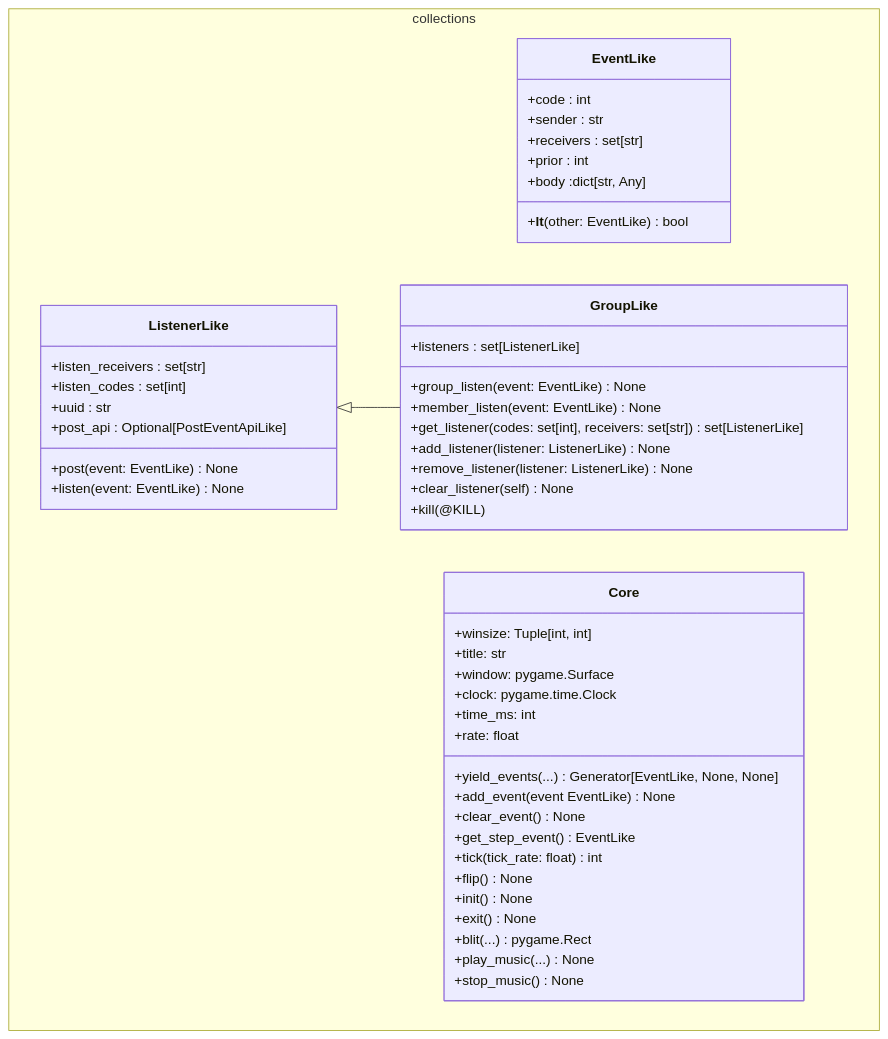
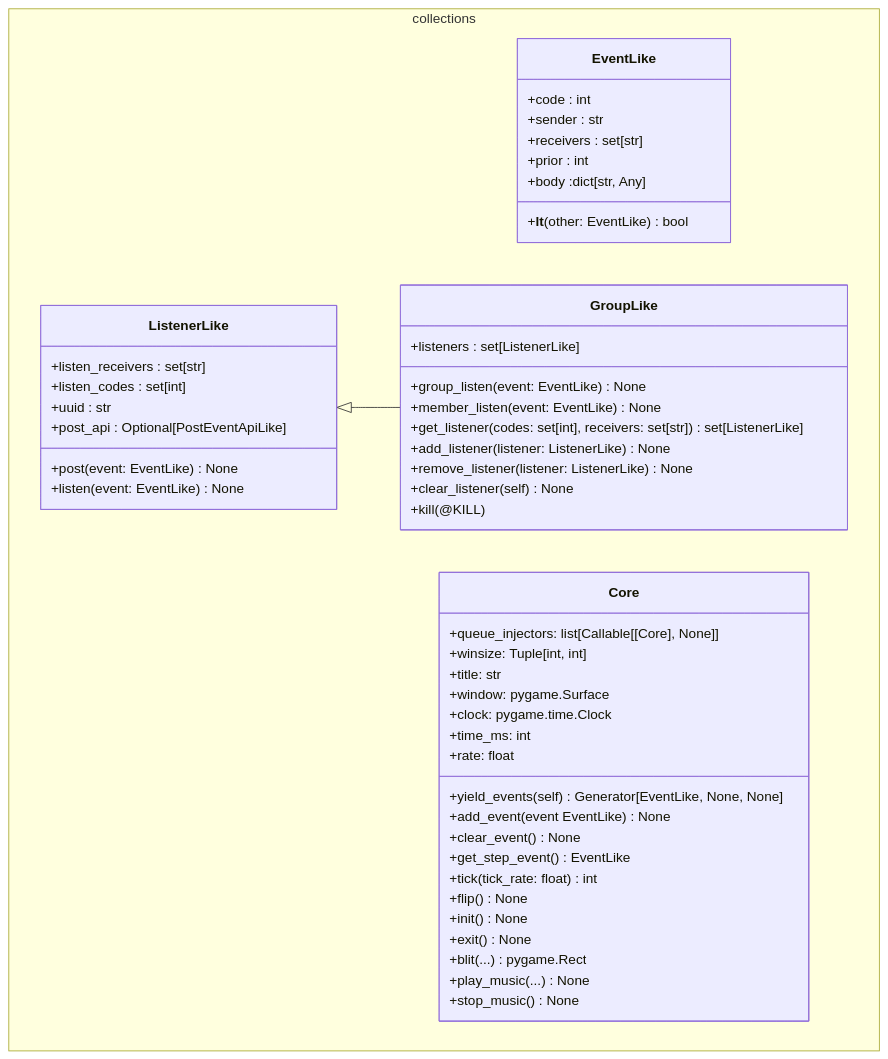
The third of 4 diagrams in baseline/README.md (teafrogsf/SI100B_DIE_Fall_2024_Repo), drawn with Mermaid before and after one commit. The commit also changed other lines of this file and 7 other files, not shown here.

````diff
--- a/baseline/README.md
+++ b/baseline/README.md
@@ -125,55 +151,56 @@
 ```mermaid
 classDiagram
 direction TB
 namespace collections {
     class EventLike {
         +code : int
         +sender : str
         +receivers : set[str]
         +prior : int
         +body :dict[str, Any]
         +__lt__(other: EventLike) bool
     }
 
     class ListenerLike {
         +listen_receivers : set[str]
         +listen_codes : set[int]
         +uuid : str
         +post_api : Optional[PostEventApiLike]
         +post(event: EventLike) None
         +listen(event: EventLike) None
     }
     
     class GroupLike {
         +listeners : set[ListenerLike]
         +group_listen(event: EventLike) None
         +member_listen(event: EventLike) None
         +get_listener(codes: set[int], receivers: set[str]) set[ListenerLike]
         +add_listener(listener: ListenerLike) None
         +remove_listener(listener: ListenerLike) None
         +clear_listener(self) None
         +kill(@KILL)
     }
     
     class Core {
+    	+queue_injectors: list[Callable[[Core], None]]
         +winsize: Tuple[int, int]
         +title: str
         +window: pygame.Surface
         +clock: pygame.time.Clock
         +time_ms: int
         +rate: float
-        +yield_events(...) Generator[EventLike, None, None]
+        +yield_events(self) Generator[EventLike, None, None]
         +add_event(event EventLike) None
         +clear_event() None
         +get_step_event() EventLike
         +tick(tick_rate: float) int
         +flip() None
         +init() None
         +exit() None
         +blit(...) pygame.Rect
         +play_music(...) None
         +stop_music() None
     }
 }
 ListenerLike <|-- GroupLike
 ```
````
